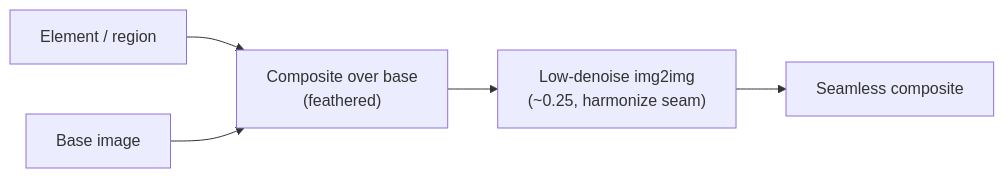
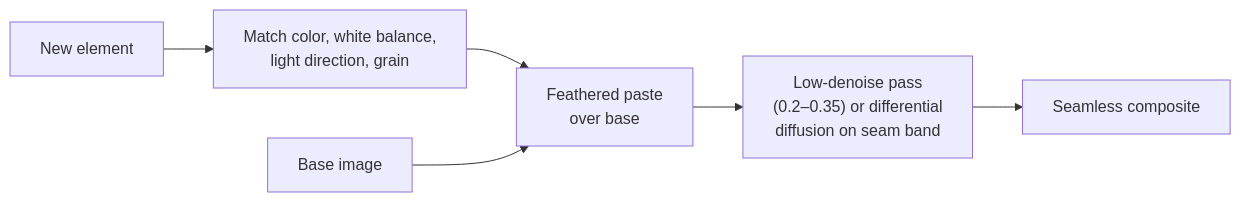
The sixth of 7 diagrams in github-pages/docs/ai-ml/inpainting-editing.md (AndrewAltimit/Documentation), drawn with Mermaid before and after one commit. The commit also changed other lines of this file and 240 other files, not shown here.

````diff
--- a/github-pages/docs/ai-ml/inpainting-editing.md
+++ b/github-pages/docs/ai-ml/inpainting-editing.md
@@ -301,7 +319,8 @@
 ```mermaid
 flowchart LR
-    A["Element / region"] --> Paste["Composite over base<br/>(feathered)"]
+    El["New element"] --> Match["Match color, white balance,<br/>light direction, grain"]
+    Match --> Paste["Feathered paste<br/>over base"]
     Base["Base image"] --> Paste
-    Paste --> Low["Low-denoise img2img<br/>(~0.25, harmonize seam)"]
-    Low --> Out["Seamless composite"]
+    Paste --> Harm["Low-denoise pass<br/>(0.2–0.35) or differential<br/>diffusion on seam band"]
+    Harm --> Out["Seamless composite"]
 ```
````
